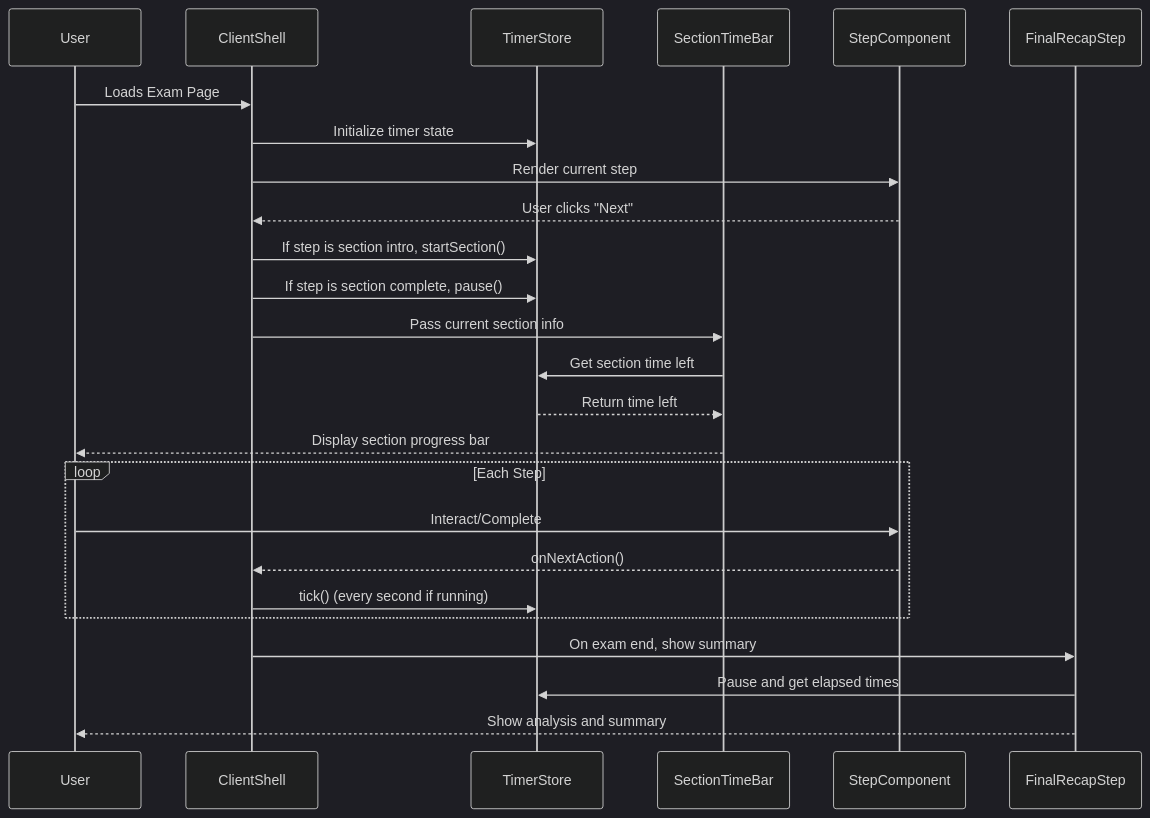
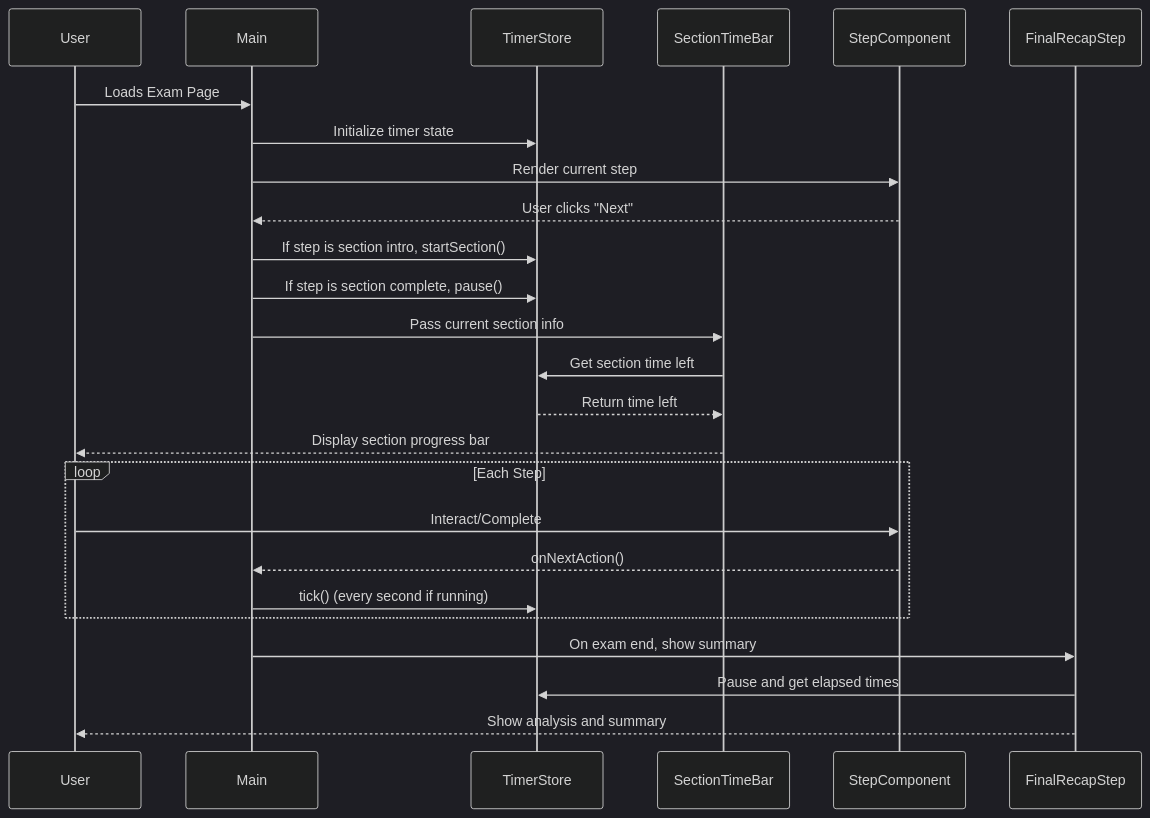
The diagram in README.md (AlbertoBarrago/exam-stepper), drawn with Mermaid (dark theme) before and after one commit. The commit also changed 4 other files, not shown here.

First line of the commit message:
♻️ refactor: Rename `ClientShell` to `Main`, update references, and clean up `validate-token` API response

````diff
--- a/README.md
+++ b/README.md
@@ -65,27 +65,27 @@
 ```mermaid
 sequenceDiagram
     participant User
-    participant ClientShell
+    participant Main
     participant TimerStore
     participant SectionTimeBar
     participant StepComponent
 
-    User->>ClientShell: Loads Exam Page
-    ClientShell->>TimerStore: Initialize timer state
-    ClientShell->>StepComponent: Render current step
-    StepComponent-->>ClientShell: User clicks "Next"
-    ClientShell->>TimerStore: If step is section intro, startSection()
-    ClientShell->>TimerStore: If step is section complete, pause()
-    ClientShell->>SectionTimeBar: Pass current section info
+    User->>Main: Loads Exam Page
+    Main->>TimerStore: Initialize timer state
+    Main->>StepComponent: Render current step
+    StepComponent-->>Main: User clicks "Next"
+    Main->>TimerStore: If step is section intro, startSection()
+    Main->>TimerStore: If step is section complete, pause()
+    Main->>SectionTimeBar: Pass current section info
     SectionTimeBar->>TimerStore: Get section time left
     TimerStore-->>SectionTimeBar: Return time left
     SectionTimeBar-->>User: Display section progress bar
     loop Each Step
       User->>StepComponent: Interact/Complete
-      StepComponent-->>ClientShell: onNextAction()
-      ClientShell->>TimerStore: tick() (every second if running)
+      StepComponent-->>Main: onNextAction()
+      Main->>TimerStore: tick() (every second if running)
     end
-    ClientShell->>FinalRecapStep: On exam end, show summary
+    Main->>FinalRecapStep: On exam end, show summary
     FinalRecapStep->>TimerStore: Pause and get elapsed times
     FinalRecapStep-->>User: Show analysis and summary
 ```
````
